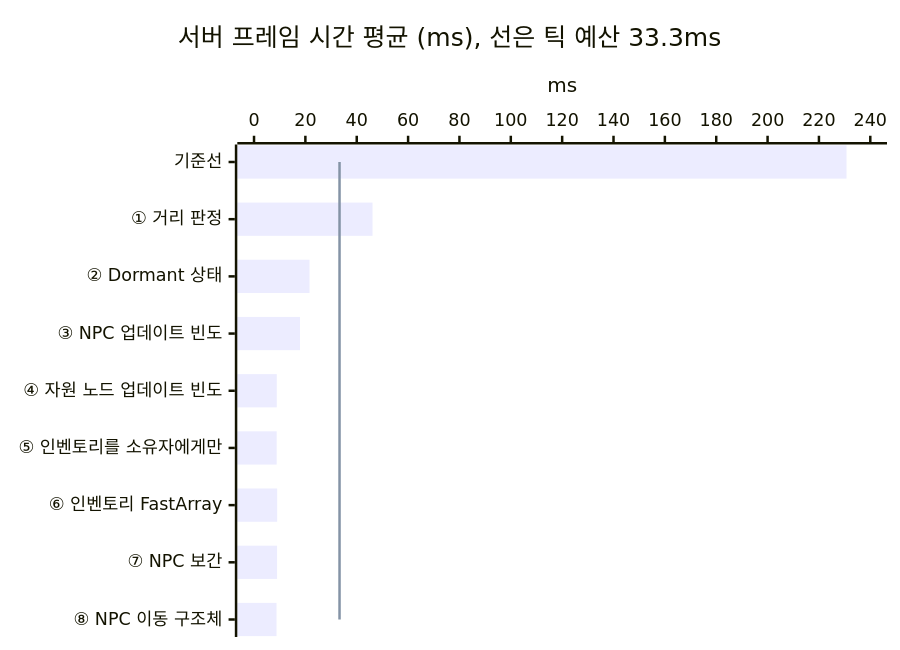
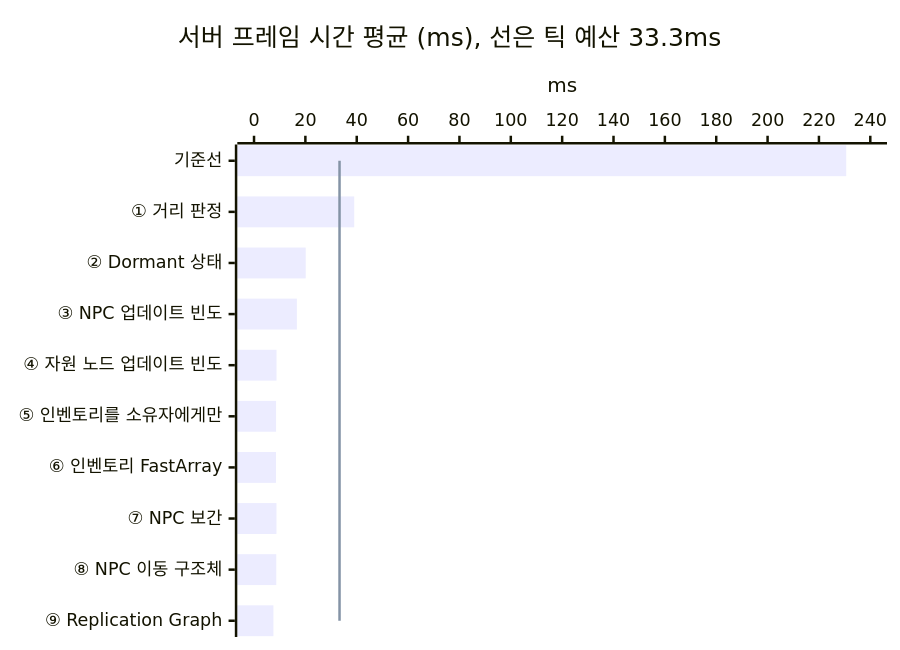
One commit to hon454/ue-dedicated-server-optimization-lab changed the first of 3 diagrams in README.md. Above: the diagram before and after it, drawn with Mermaid. The commit also changed other lines of this file and 3 other files, not shown here.

First line of the commit message:
docs(readme): add the replication graph step and the replication system table

````diff
--- a/README.md
+++ b/README.md
@@ -28,8 +29,8 @@
 ```mermaid
 xychart-beta horizontal
     title "서버 프레임 시간 평균 (ms), 선은 틱 예산 33.3ms"
-    x-axis ["기준선", "① 거리 판정", "② Dormant 상태", "③ NPC 업데이트 빈도", "④ 자원 노드 업데이트 빈도", "⑤ 인벤토리를 소유자에게만", "⑥ 인벤토리 FastArray", "⑦ NPC 보간", "⑧ NPC 이동 구조체"]
+    x-axis ["기준선", "① 거리 판정", "② Dormant 상태", "③ NPC 업데이트 빈도", "④ 자원 노드 업데이트 빈도", "⑤ 인벤토리를 소유자에게만", "⑥ 인벤토리 FastArray", "⑦ NPC 보간", "⑧ NPC 이동 구조체", "⑨ Replication Graph"]
     y-axis "ms" 0 --> 240
-    bar [230.75, 46.14, 21.62, 17.91, 8.86, 8.83, 9.01, 8.97, 8.77]
-    line [33.3, 33.3, 33.3, 33.3, 33.3, 33.3, 33.3, 33.3, 33.3]
+    bar [230.62, 39.02, 20.13, 16.69, 8.77, 8.59, 8.55, 8.74, 8.67, 7.55]
+    line [33.3, 33.3, 33.3, 33.3, 33.3, 33.3, 33.3, 33.3, 33.3, 33.3]
 ```
````
